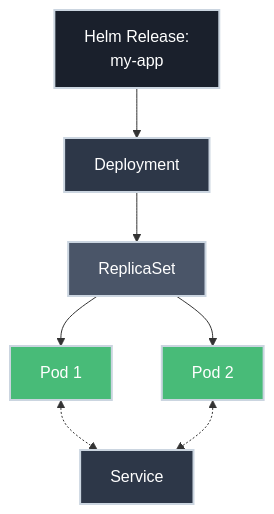
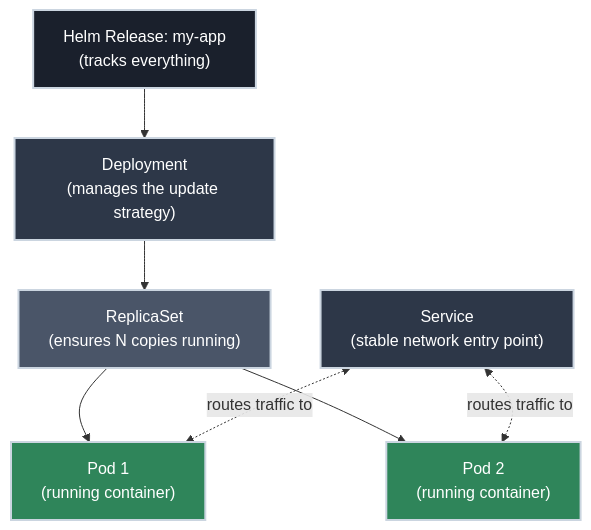
Before and after one commit to bradpenney/exploring_kubernetes: the second of 3 diagrams in docs/day_one/helm/understanding.md, drawn with Mermaid. The commit also changed other lines of this file and 15 other files, not shown here.

````diff
--- a/docs/day_one/helm/understanding.md
+++ b/docs/day_one/helm/understanding.md
@@ -77,17 +102,23 @@
 ```mermaid
 graph TD
-    H[Helm Release:<br/>my-app] --> Dep[Deployment]
-    Dep --> RS[ReplicaSet]
-    RS --> P1[Pod 1]
-    RS --> P2[Pod 2]
-    
-    P1 <-.-> Svc[Service]
-    P2 <-.-> Svc
+    H["Helm Release: my-app<br/>(tracks everything)"]
+    Dep["Deployment<br/>(manages the update strategy)"]
+    RS["ReplicaSet<br/>(ensures N copies running)"]
+    P1["Pod 1<br/>(running container)"]
+    P2["Pod 2<br/>(running container)"]
+    Svc["Service<br/>(stable network entry point)"]
+
+    H --> Dep
+    Dep --> RS
+    RS --> P1
+    RS --> P2
+    Svc <-.->|"routes traffic to"| P1
+    Svc <-.->|"routes traffic to"| P2
 
     style H fill:#1a202c,stroke:#cbd5e0,stroke-width:2px,color:#fff
     style Dep fill:#2d3748,stroke:#cbd5e0,stroke-width:2px,color:#fff
     style RS fill:#4a5568,stroke:#cbd5e0,stroke-width:2px,color:#fff
-    style P1 fill:#48bb78,stroke:#cbd5e0,stroke-width:2px,color:#fff
-    style P2 fill:#48bb78,stroke:#cbd5e0,stroke-width:2px,color:#fff
+    style P1 fill:#2f855a,stroke:#cbd5e0,stroke-width:2px,color:#fff
+    style P2 fill:#2f855a,stroke:#cbd5e0,stroke-width:2px,color:#fff
     style Svc fill:#2d3748,stroke:#cbd5e0,stroke-width:2px,color:#fff
 ```
````
